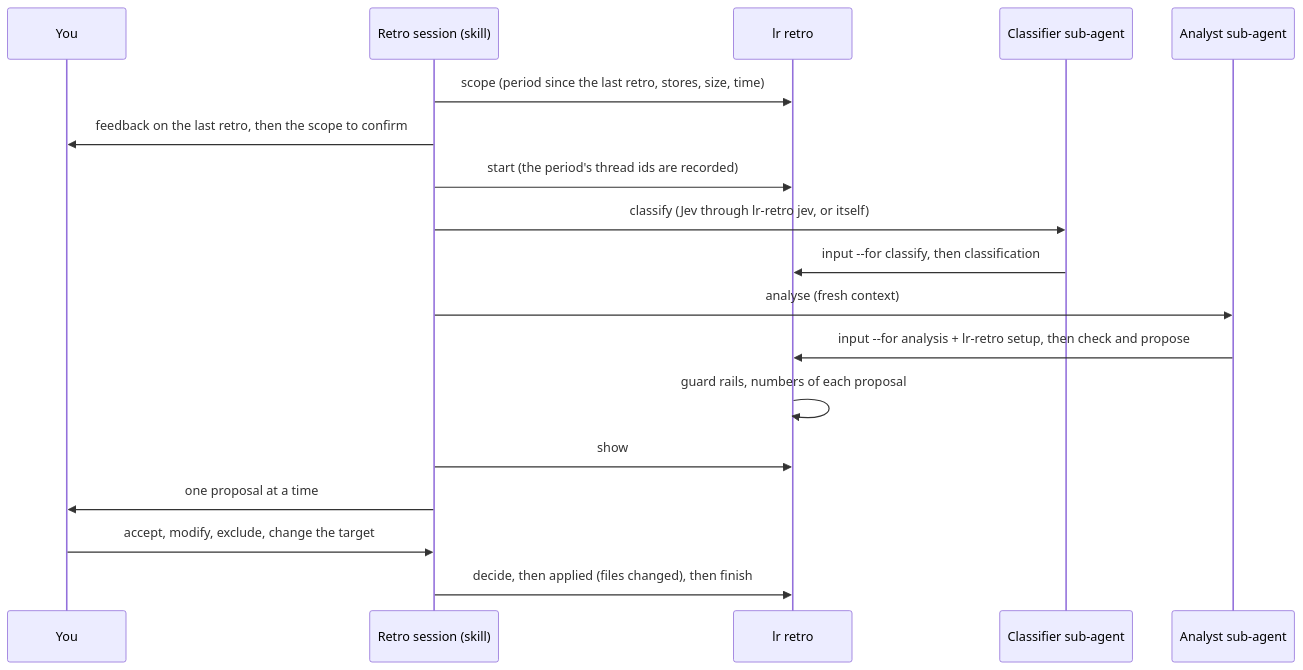
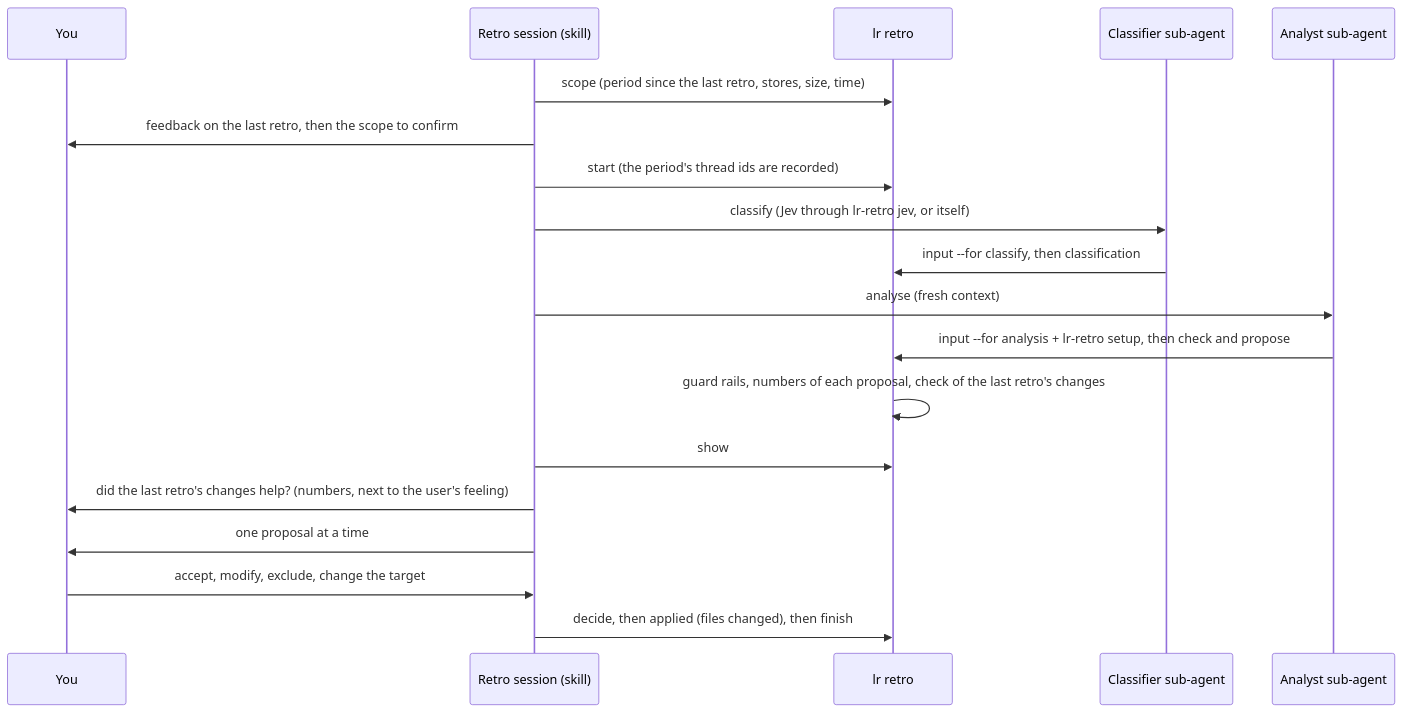
Before and after one commit to silykat/silykat: the second of 3 diagrams in docs/architecture.md, drawn with Mermaid. The commit also changed other lines of this file and 2 other files, not shown here.

Commit message:
docs: explain the retro reminder and the check of the last retro

````diff
--- a/docs/architecture.md
+++ b/docs/architecture.md
@@ -89,20 +90,21 @@
 ```mermaid
 sequenceDiagram
   participant U as You
   participant S as Retro session (skill)
   participant L as lr retro
   participant C as Classifier sub-agent
   participant A as Analyst sub-agent
   S->>L: scope (period since the last retro, stores, size, time)
   S->>U: feedback on the last retro, then the scope to confirm
   S->>L: start (the period's thread ids are recorded)
   S->>C: classify (Jev through lr-retro jev, or itself)
   C->>L: input --for classify, then classification
   S->>A: analyse (fresh context)
   A->>L: input --for analysis + lr-retro setup, then check and propose
-  L->>L: guard rails, numbers of each proposal
+  L->>L: guard rails, numbers of each proposal, check of the last retro's changes
   S->>L: show
+  S->>U: did the last retro's changes help? (numbers, next to the user's feeling)
   S->>U: one proposal at a time
   U->>S: accept, modify, exclude, change the target
   S->>L: decide, then applied (files changed), then finish
 ```
````
